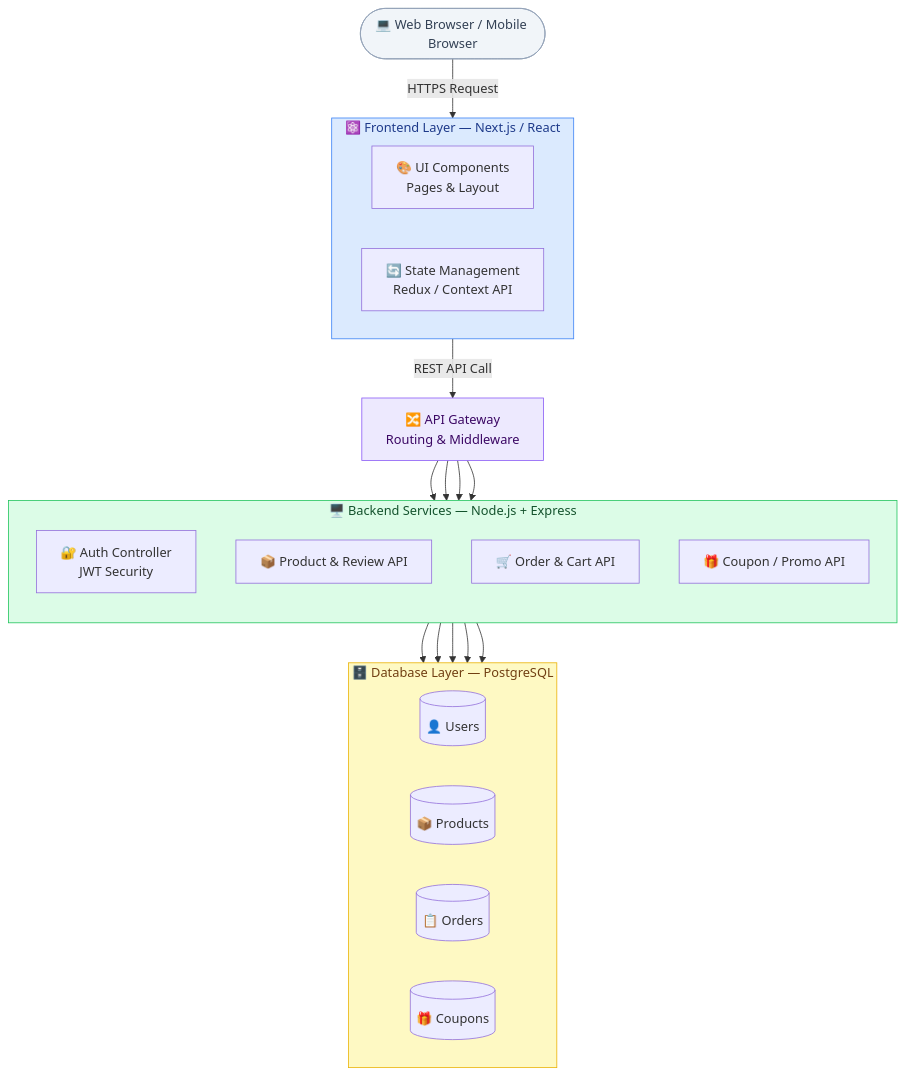
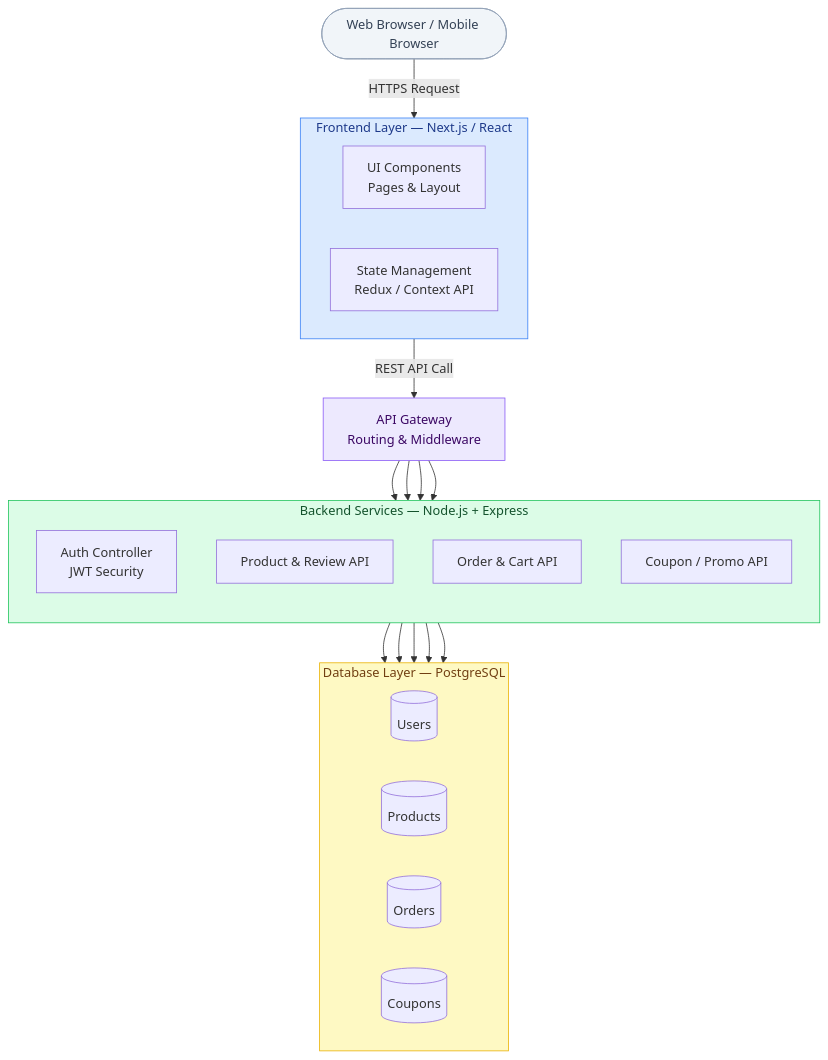
One commit to Nattamon123/e-commerce changed the diagram in diagram_architecture.mmd. Above: the diagram before and after it, drawn with Mermaid. The commit also changed 1 other file, not shown here.

Commit message:
docs: remove emoji icons from architecture diagram and README for cleaner formatting

```diff
--- a/diagram_architecture.mmd
+++ b/diagram_architecture.mmd
@@ -1,46 +1,46 @@
 graph TD
-    Client(["💻 Web Browser / Mobile Browser"])
+    Client(["Web Browser / Mobile Browser"])
 
-    subgraph FE ["⚛️ Frontend Layer — Next.js / React"]
+    subgraph FE ["Frontend Layer — Next.js / React"]
         direction LR
-        UI["🎨 UI Components\nPages & Layout"]
-        State["🔄 State Management\nRedux / Context API"]
+        UI["UI Components\nPages & Layout"]
+        State["State Management\nRedux / Context API"]
     end
 
-    Gateway["🔀 API Gateway\nRouting & Middleware"]
+    Gateway["API Gateway\nRouting & Middleware"]
 
-    subgraph BE ["🖥️ Backend Services — Node.js + Express"]
+    subgraph BE ["Backend Services — Node.js + Express"]
         direction TB
-        Auth["🔐 Auth Controller\nJWT Security"]
-        Product["📦 Product & Review API"]
-        Order["🛒 Order & Cart API"]
-        Promo["🎁 Coupon / Promo API"]
+        Auth["Auth Controller\nJWT Security"]
+        Product["Product & Review API"]
+        Order["Order & Cart API"]
+        Promo["Coupon / Promo API"]
     end
 
-    subgraph DB ["🗄️ Database Layer — PostgreSQL"]
+    subgraph DB ["Database Layer — PostgreSQL"]
         direction LR
-        Users[("👤 Users")]
-        Products[("📦 Products")]
-        Orders[("📋 Orders")]
-        Coupons[("🎁 Coupons")]
+        Users[("Users")]
+        Products[("Products")]
+        Orders[("Orders")]
+        Coupons[("Coupons")]
     end
 
     Client -->|"HTTPS Request"| FE
     FE -->|"REST API Call"| Gateway
 
     Gateway --> Auth
     Gateway --> Product
     Gateway --> Order
     Gateway --> Promo
 
     Auth --> Users
     Product --> Products
     Order --> Orders
     Order --> Products
     Promo --> Coupons
 
     style FE fill:#dbeafe,stroke:#3b82f6,color:#1e3a8a
     style BE fill:#dcfce7,stroke:#22c55e,color:#14532d
     style DB fill:#fef9c3,stroke:#eab308,color:#713f12
     style Client fill:#f1f5f9,stroke:#94a3b8,color:#334155
     style Gateway fill:#ede9fe,stroke:#8b5cf6,color:#3b0764
```
